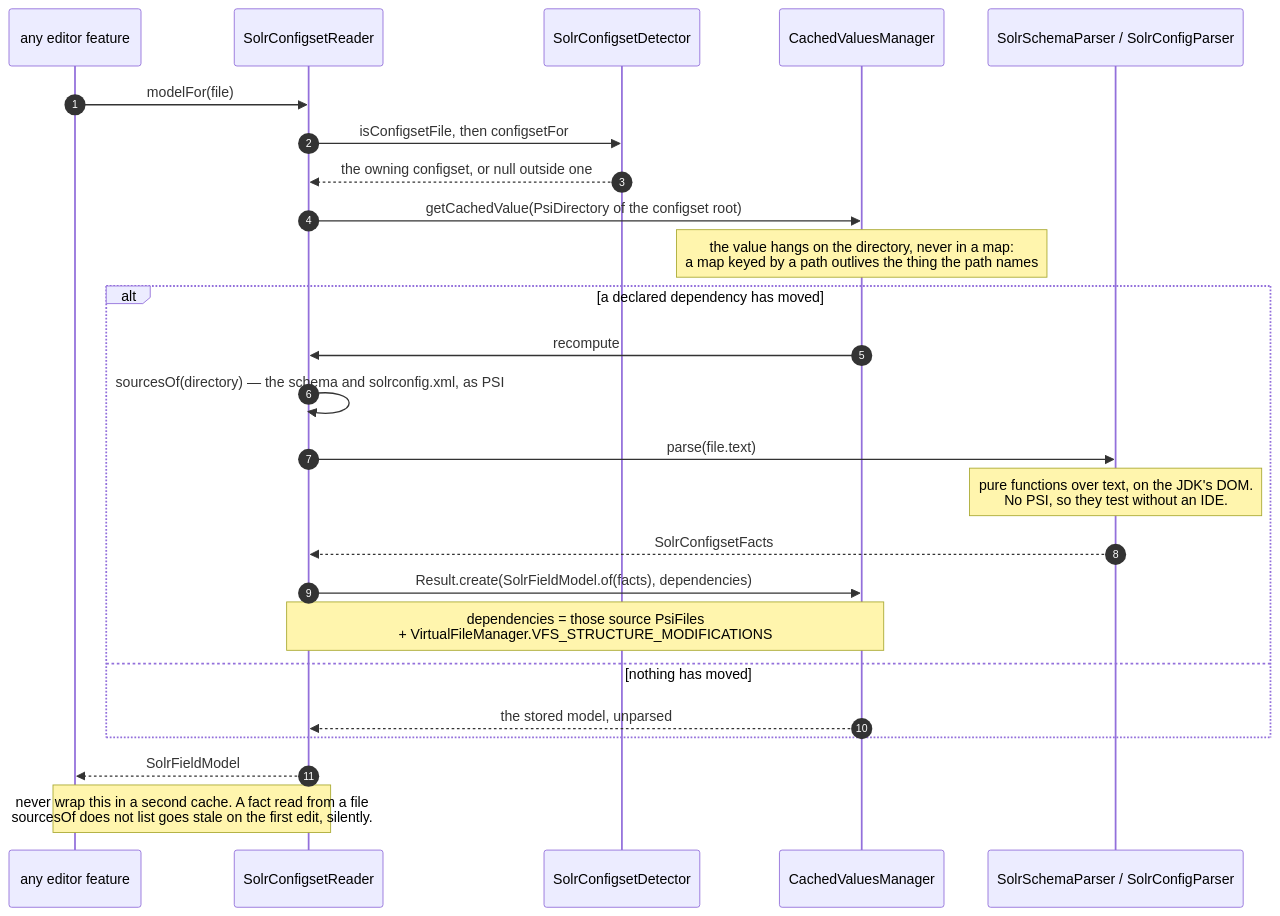
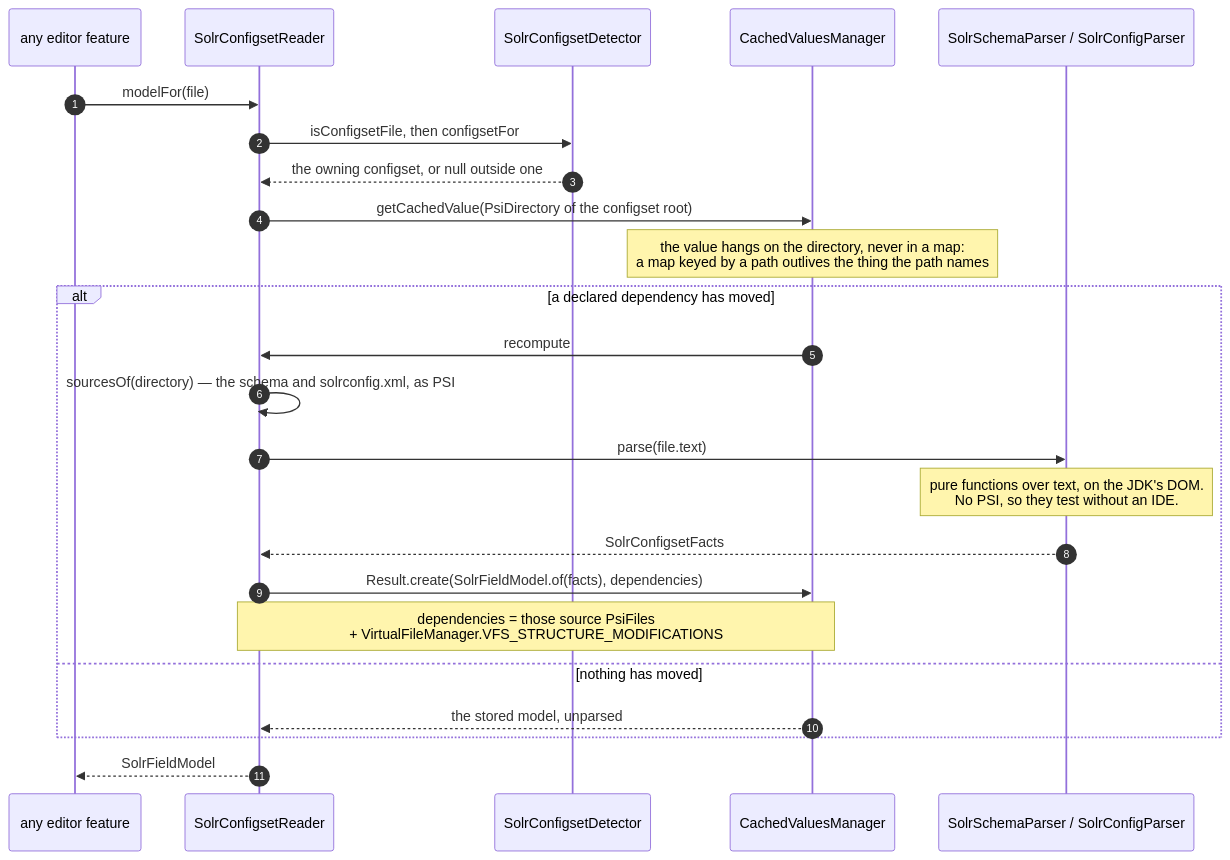
Before and after one commit to adityamparikh/solr-intellij-plugin: the second of 4 diagrams in docs/platform-mechanisms.md, drawn with Mermaid. The commit also changed other lines of this file and 8 other files, not shown here.

````diff
--- a/docs/platform-mechanisms.md
+++ b/docs/platform-mechanisms.md
@@ -178,31 +148,30 @@
 ```mermaid
 sequenceDiagram
     autonumber
     participant Feature as any editor feature
     participant Reader as SolrConfigsetReader
     participant Detector as SolrConfigsetDetector
     participant Cache as CachedValuesManager
     participant Parsers as SolrSchemaParser / SolrConfigParser
 
     Feature->>Reader: modelFor(file)
     Reader->>Detector: isConfigsetFile, then configsetFor
     Detector-->>Reader: the owning configset, or null outside one
     Reader->>Cache: getCachedValue(PsiDirectory of the configset root)
 
     Note over Cache: the value hangs on the directory, never in a map:<br/>a map keyed by a path outlives the thing the path names
 
     alt a declared dependency has moved
         Cache->>Reader: recompute
         Reader->>Reader: sourcesOf(directory) — the schema and solrconfig.xml, as PSI
         Reader->>Parsers: parse(file.text)
         Note over Parsers: pure functions over text, on the JDK's DOM.<br/>No PSI, so they test without an IDE.
         Parsers-->>Reader: SolrConfigsetFacts
         Reader->>Cache: Result.create(SolrFieldModel.of(facts), dependencies)
         Note over Reader,Cache: dependencies = those source PsiFiles<br/>+ VirtualFileManager.VFS_STRUCTURE_MODIFICATIONS
     else nothing has moved
         Cache-->>Reader: the stored model, unparsed
     end
 
     Reader-->>Feature: SolrFieldModel
-    Note over Feature,Reader: never wrap this in a second cache. A fact read from a file<br/>sourcesOf does not list goes stale on the first edit, silently.
 ```
````
